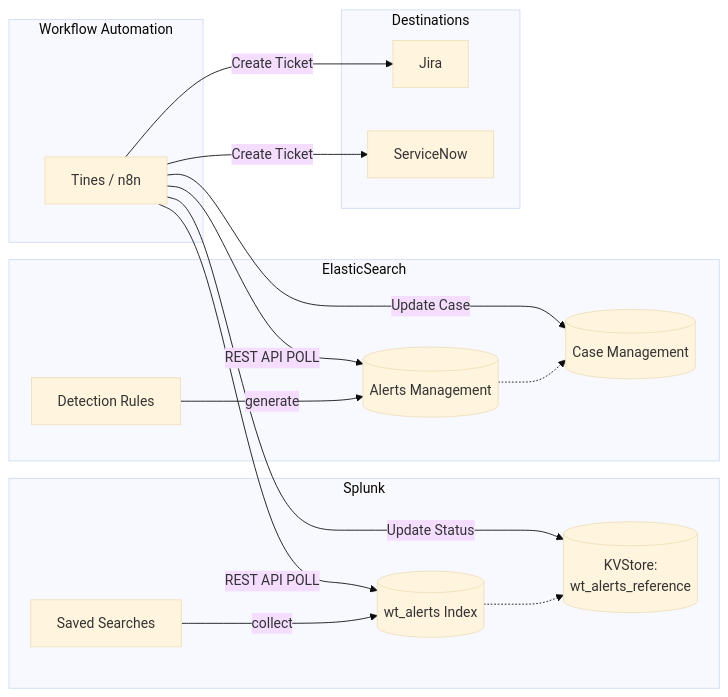
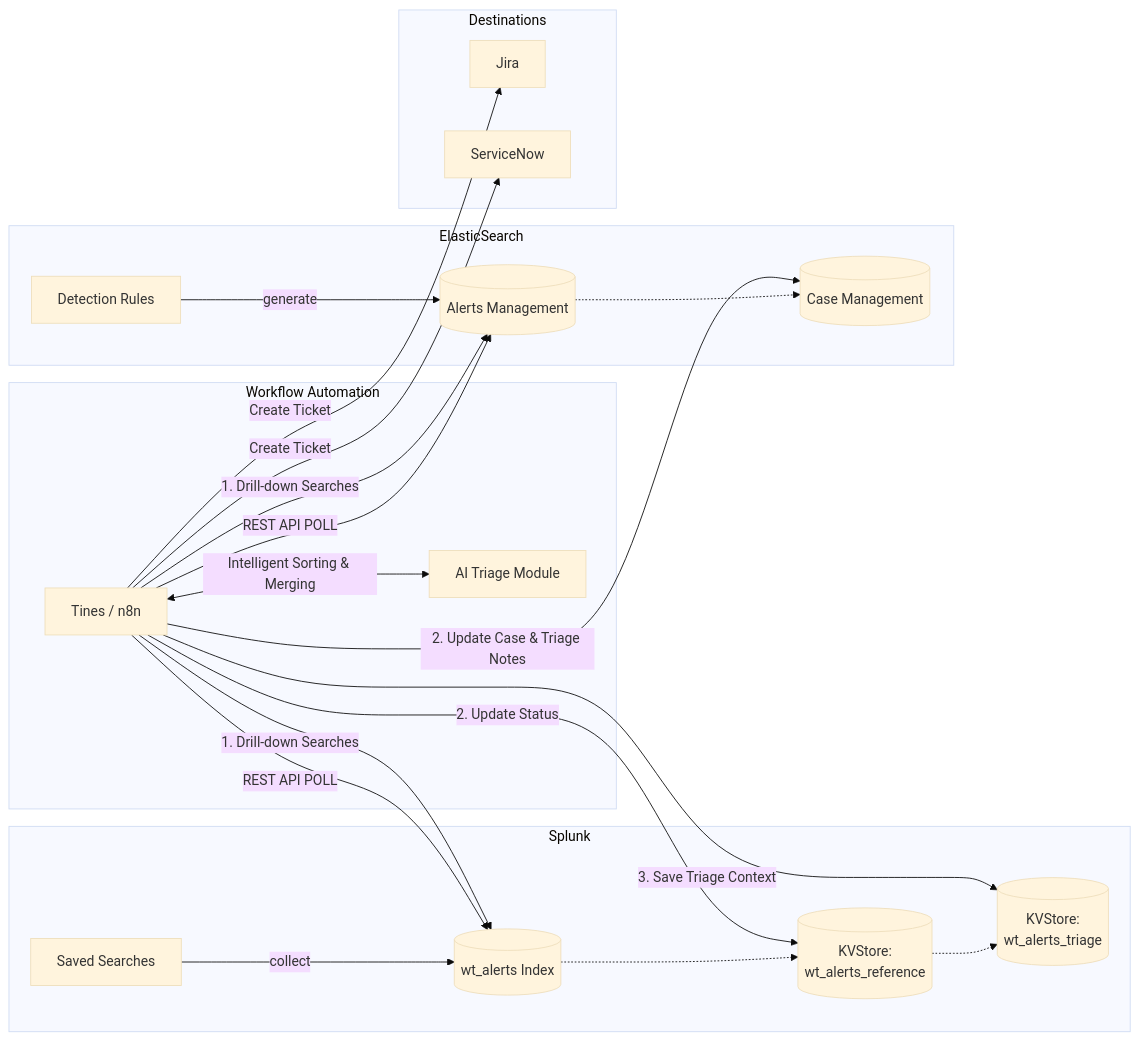
The diagram in docs/design/architecture.md (getkub/watchtower), drawn with Mermaid (base theme) before and after one commit. The commit also changed 10 other files, not shown here.

````diff
--- a/docs/design/architecture.md
+++ b/docs/design/architecture.md
@@ -3,33 +3,39 @@
 ```mermaid
 flowchart LR
     subgraph Splunk
         SplunkRules[Saved Searches] -->|collect| SplunkIndex[(wt_alerts Index)]
         SplunkIndex -.-> KV[(KVStore:<br>wt_alerts_reference)]
+        KV -.-> KVTriage[(KVStore:<br>wt_alerts_triage)]
     end
     
     subgraph ElasticSearch
         ElasticRules[Detection Rules] -->|generate| ElasticAlerts[(Alerts Management)]
         ElasticAlerts -.-> ElasticCases[(Case Management)]
     end
     
     subgraph Workflow Automation
         Tines[Tines / n8n]
+        AI[AI Triage Module]
+        Tines <-->|Intelligent Sorting & Merging| AI
     end
     
     subgraph Destinations
         Jira[Jira]
         SNOW[ServiceNow]
     end
 
     %% Splunk Interactions
     Tines -->|REST API POLL| SplunkIndex
-    Tines -->|Update Status| KV
+    Tines -->|1. Drill-down Searches| SplunkIndex
+    Tines -->|2. Update Status| KV
+    Tines -->|3. Save Triage Context| KVTriage
     
     %% Elastic Interactions
     Tines -->|REST API POLL| ElasticAlerts
-    Tines -->|Update Case| ElasticCases
+    Tines -->|1. Drill-down Searches| ElasticAlerts
+    Tines -->|2. Update Case & Triage Notes| ElasticCases
     
     %% Alert Destinations
     Tines -->|Create Ticket| Jira
     Tines -->|Create Ticket| SNOW
 ```
````
